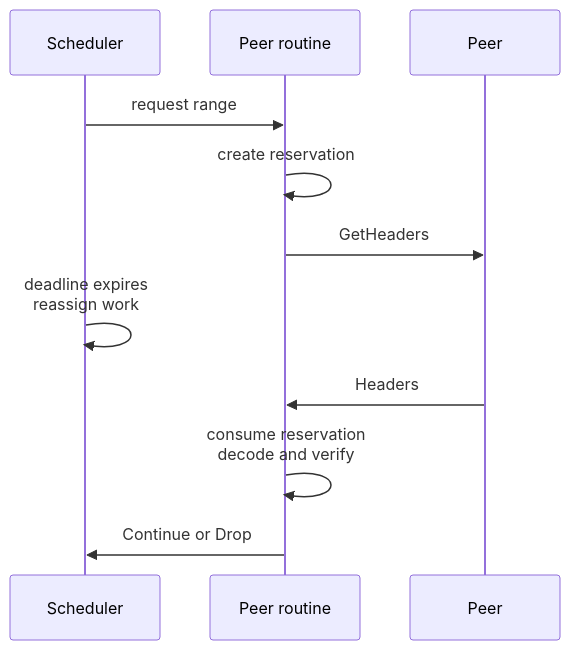
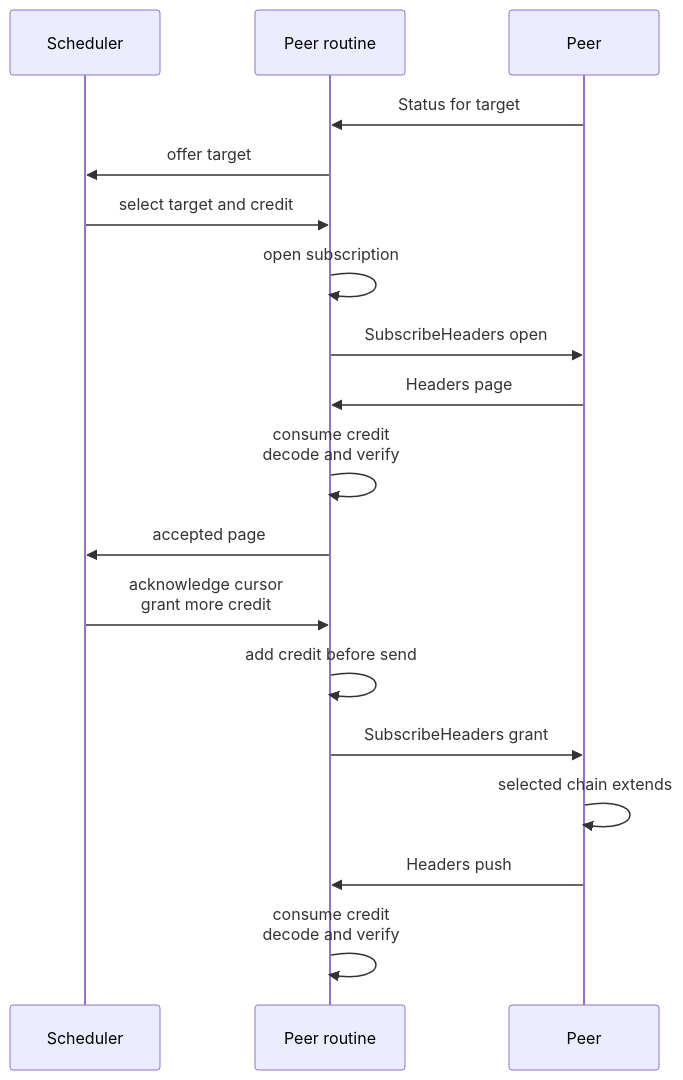
Before and after one commit to zakura-core/zakura: the diagram in docs/design/peer-message-regulation.md, drawn with Mermaid. The commit also changed other lines of this file and 1 other file, not shown here.

````diff
--- a/docs/design/peer-message-regulation.md
+++ b/docs/design/peer-message-regulation.md
@@ -73,13 +117,20 @@
 ```mermaid
 sequenceDiagram
     participant S as Scheduler
     participant R as Peer routine
     participant P as Peer
-    S->>R: request range
-    R->>R: create reservation
-    R->>P: GetHeaders
-    S->>S: deadline expires<br/>reassign work
-    P->>R: Headers
-    R->>R: consume reservation<br/>decode and verify
-    R->>S: Continue or Drop
+    P->>R: Status for target
+    R->>S: offer target
+    S->>R: select target and credit
+    R->>R: open subscription
+    R->>P: SubscribeHeaders open
+    P->>R: Headers page
+    R->>R: consume credit<br/>decode and verify
+    R->>S: accepted page
+    S->>R: acknowledge cursor<br/>grant more credit
+    R->>R: add credit before send
+    R->>P: SubscribeHeaders grant
+    P->>P: selected chain extends
+    P->>R: Headers push
+    R->>R: consume credit<br/>decode and verify
 ```
````
